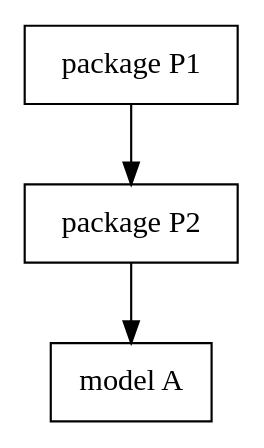
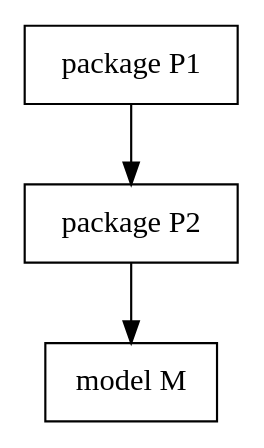
The diagram in Dot/ModelicaExample.dot (ErikHedblom/Master-Thesis), drawn with Graphviz before and after one commit. The commit also changed 10 other files, not shown here.

```diff
--- a/Dot/ModelicaExample.dot
+++ b/Dot/ModelicaExample.dot
@@ -1,8 +1,8 @@
 digraph ModelicaGraph {
 	node [shape=record];
 	P1 [label="package P1"];
 	P2 [label="package P2"];
-	A [label="model A"];
+	M [label="model M"];
 	P1 -> P2;
-	P2 -> A;
+	P2 -> M;
 }
```
